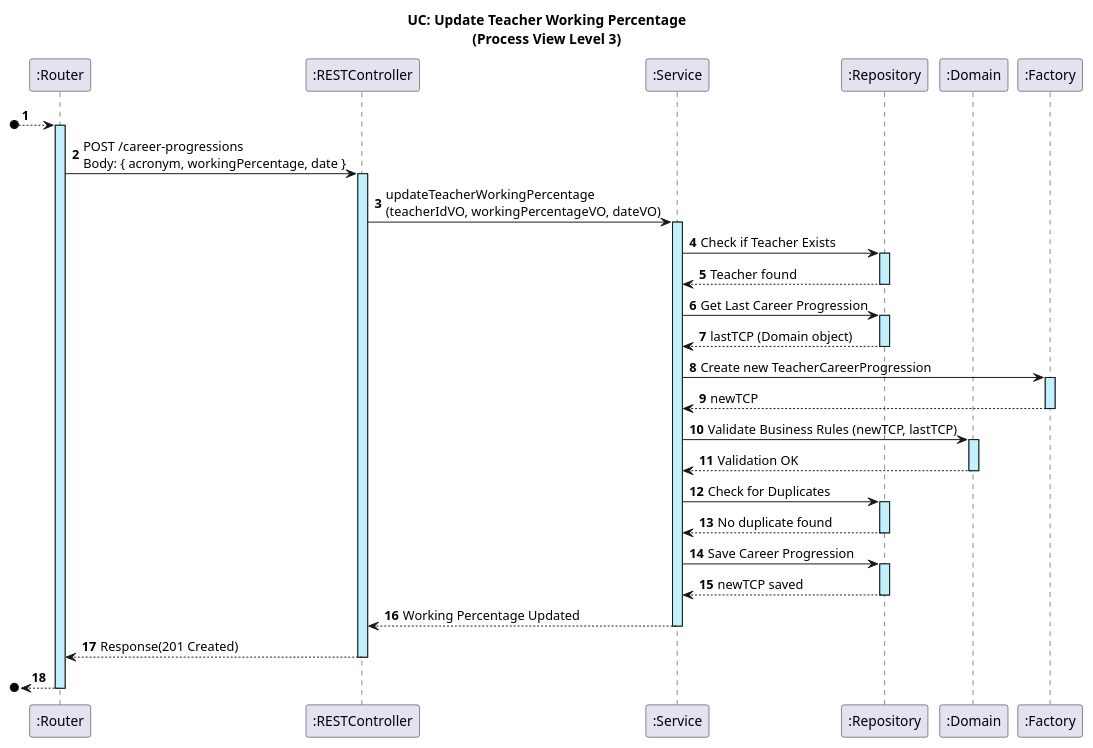
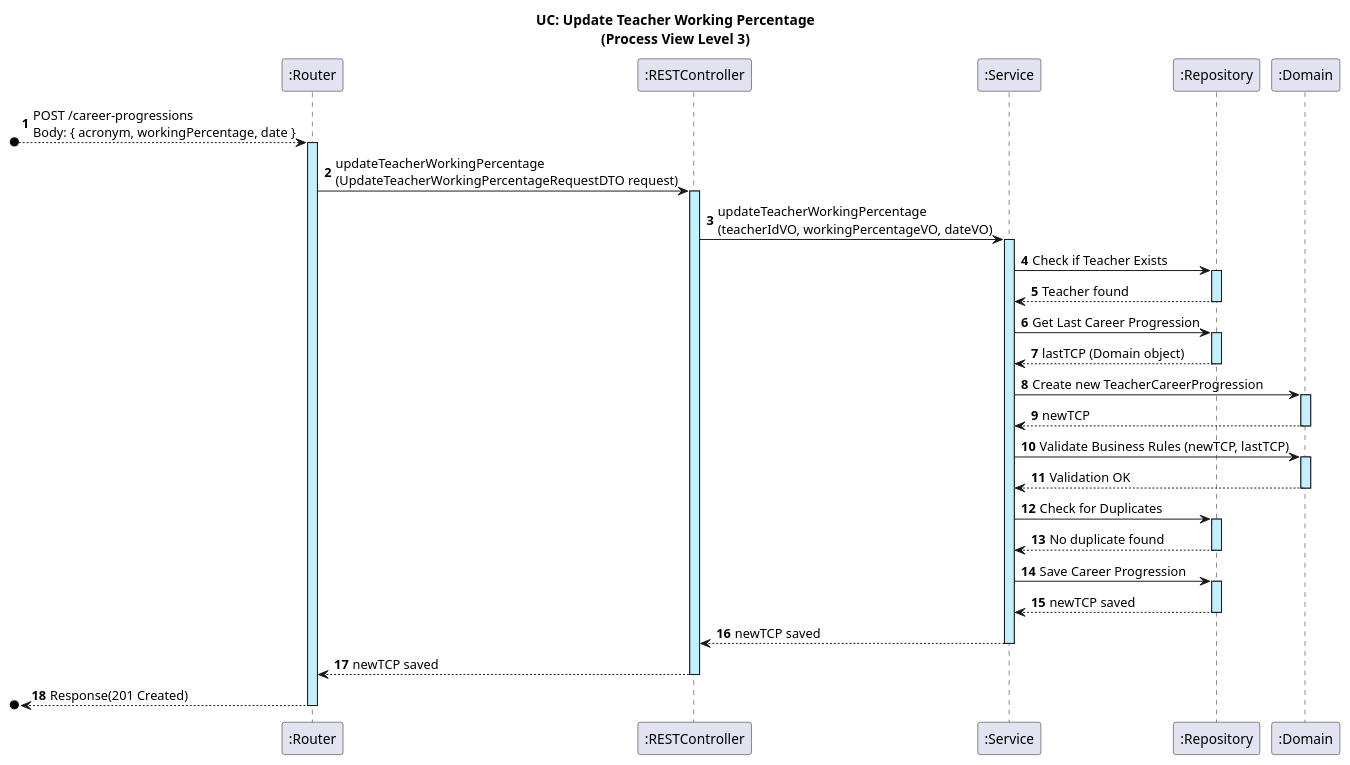
One commit to GasparISEP/DevOps-PAI changed the diagram in docs/US15/Sprint6/ProcessView/Level3.puml. Above: the diagram before and after it, drawn with PlantUML. The commit also changed 1 other file, not shown here.

Commit message:
Refactor Process View Diagrams for Teacher´s WorkingPercentage. Related #645

```diff
--- a/docs/US15/Sprint6/ProcessView/Level3.puml
+++ b/docs/US15/Sprint6/ProcessView/Level3.puml
@@ -1,59 +1,58 @@
 @startuml
 
 title UC: Update Teacher Working Percentage\n(Process View Level 3)
 autonumber
 
 participant ":Router" as RT
 participant ":RESTController" as RC
 participant ":Service" as S
 participant ":Repository" as R
 participant ":Domain" as D
-participant ":Factory" as F
 
-[o-->RT #application
+[o-->RT #application : POST /career-progressions\nBody: { acronym, workingPercentage, date }
 activate RT #application
-RT -> RC: POST /career-progressions\nBody: { acronym, workingPercentage, date }
+RT -> RC: updateTeacherWorkingPercentage\n(UpdateTeacherWorkingPercentageRequestDTO request)
 activate RC #application
 
 RC -> S: updateTeacherWorkingPercentage\n(teacherIdVO, workingPercentageVO, dateVO)
 activate S #application
 
 S -> R: Check if Teacher Exists
 activate R #application
 R --> S: Teacher found
 deactivate R
 
 S -> R: Get Last Career Progression
 activate R #application
 R --> S: lastTCP (Domain object)
 deactivate R
 
-S -> F: Create new TeacherCareerProgression
-activate F #application
-F --> S: newTCP
-deactivate F
+S -> D: Create new TeacherCareerProgression
+activate D #application
+D --> S: newTCP
+deactivate D
 
 S -> D: Validate Business Rules (newTCP, lastTCP)
 activate D #application
 D --> S: Validation OK
 deactivate D
 
 S -> R: Check for Duplicates
 activate R #application
 R --> S: No duplicate found
 deactivate R
 
 S -> R: Save Career Progression
 activate R #application
 R --> S: newTCP saved
 deactivate R
 
-S --> RC: Working Percentage Updated
+S --> RC: newTCP saved
 deactivate S
-RC--> RT: Response(201 Created)
+RC--> RT: newTCP saved
 deactivate RC
-[o<--RT #application
+[o<--RT #application : Response(201 Created)
 deactivate R
 deactivate RT
 
 @enduml
```
